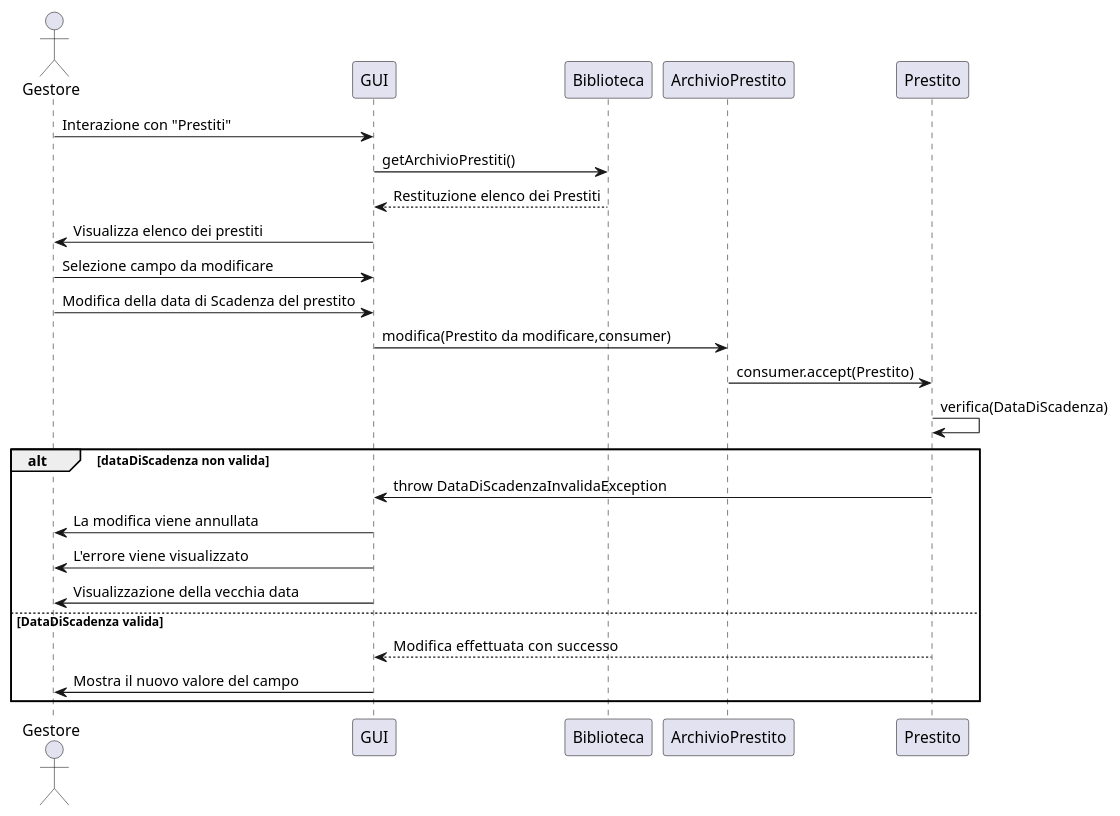
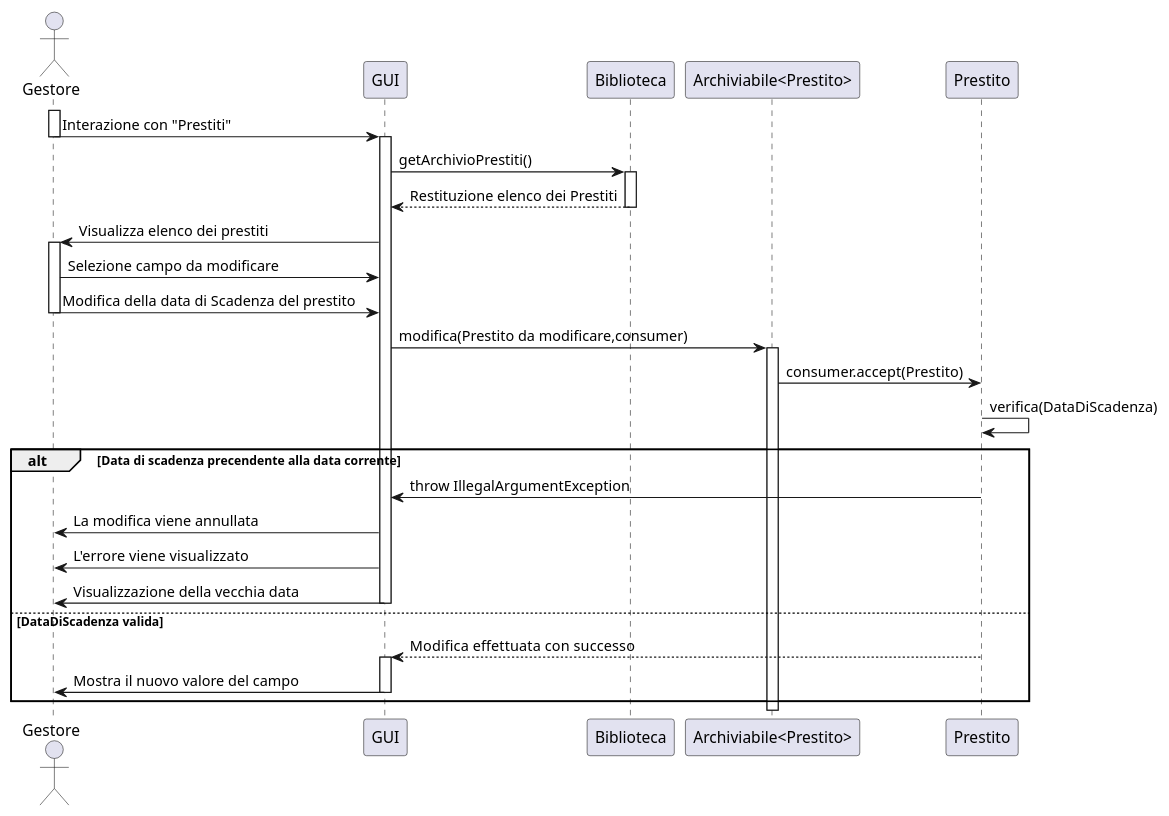
Before and after one commit to Meziu/easylibrary: the diagram in docs/uml/DiagrammiSequenza/UMLModificaPrestito.puml, drawn with PlantUML. The commit also changed 3 other files, not shown here.

Commit message:
Autosort dopo modifica prestito

```diff
--- a/docs/uml/DiagrammiSequenza/UMLModificaPrestito.puml
+++ b/docs/uml/DiagrammiSequenza/UMLModificaPrestito.puml
@@ -1,35 +1,47 @@
 @startuml
 actor Gestore as G
 participant "GUI" as UI
 participant "Biblioteca" as B
-participant "ArchivioPrestito" as AP
+participant "Archiviabile<Prestito>" as A
 participant "Prestito" as P
 
+activate G
 '---Modifica prestiti---
 G -> UI : Interazione con "Prestiti"
+deactivate G
+
+activate UI
 UI -> B : getArchivioPrestiti()
+activate B
 B --> UI : Restituzione elenco dei Prestiti
+deactivate B
 UI -> G : Visualizza elenco dei prestiti
+activate G
 
 G -> UI : Selezione campo da modificare
 G -> UI : Modifica della data di Scadenza del prestito
+deactivate G
 
 '--- Invio all'archivio
-UI -> AP : modifica(Prestito da modificare,consumer)
-AP -> P : consumer.accept(Prestito)
+UI -> A : modifica(Prestito da modificare,consumer)
+activate A
+A -> P : consumer.accept(Prestito)
 P -> P : verifica(DataDiScadenza)
 
 '--- Data di scadenza valida---
-alt dataDiScadenza non valida
-P -> UI : throw DataDiScadenzaInvalidaException
+alt Data di scadenza precendente alla data corrente
+P -> UI : throw IllegalArgumentException
 UI -> G : La modifica viene annullata
 UI -> G : L'errore viene visualizzato
 UI -> G : Visualizzazione della vecchia data
+deactivate UI
 
 
 else DataDiScadenza valida
 P --> UI : Modifica  effettuata con successo
+activate UI
 UI -> G : Mostra il nuovo valore del campo
+deactivate UI
 
 end
 @enduml
```
